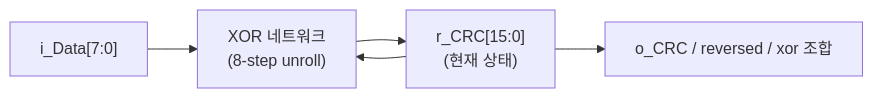
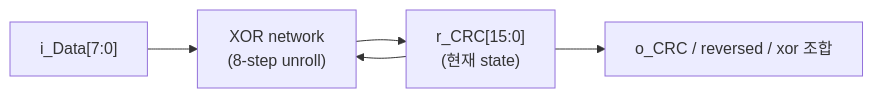
Before and after one commit to Minchan6847/SAM_Digital_Circuit_Design: the first of 2 diagrams in 5-7-CRC_16_CCITT_Parallel/README.md, drawn with Mermaid. The commit also changed other lines of this file, not shown here.

Commit message:
docs: CRC README 기술 용어 영문 통일

````diff
--- a/5-7-CRC_16_CCITT_Parallel/README.md
+++ b/5-7-CRC_16_CCITT_Parallel/README.md
@@ -44,7 +44,7 @@
 ```mermaid
 flowchart LR
     DATA["i_Data[7:0]"] --> XORNET
-    RCRC["r_CRC[15:0]<br/>(현재 상태)"] --> XORNET["XOR 네트워크<br/>(8-step unroll)"]
+    RCRC["r_CRC[15:0]<br/>(현재 state)"] --> XORNET["XOR network<br/>(8-step unroll)"]
     XORNET --> RCRC
     RCRC --> OUT["o_CRC / reversed / xor 조합"]
 ```
````
